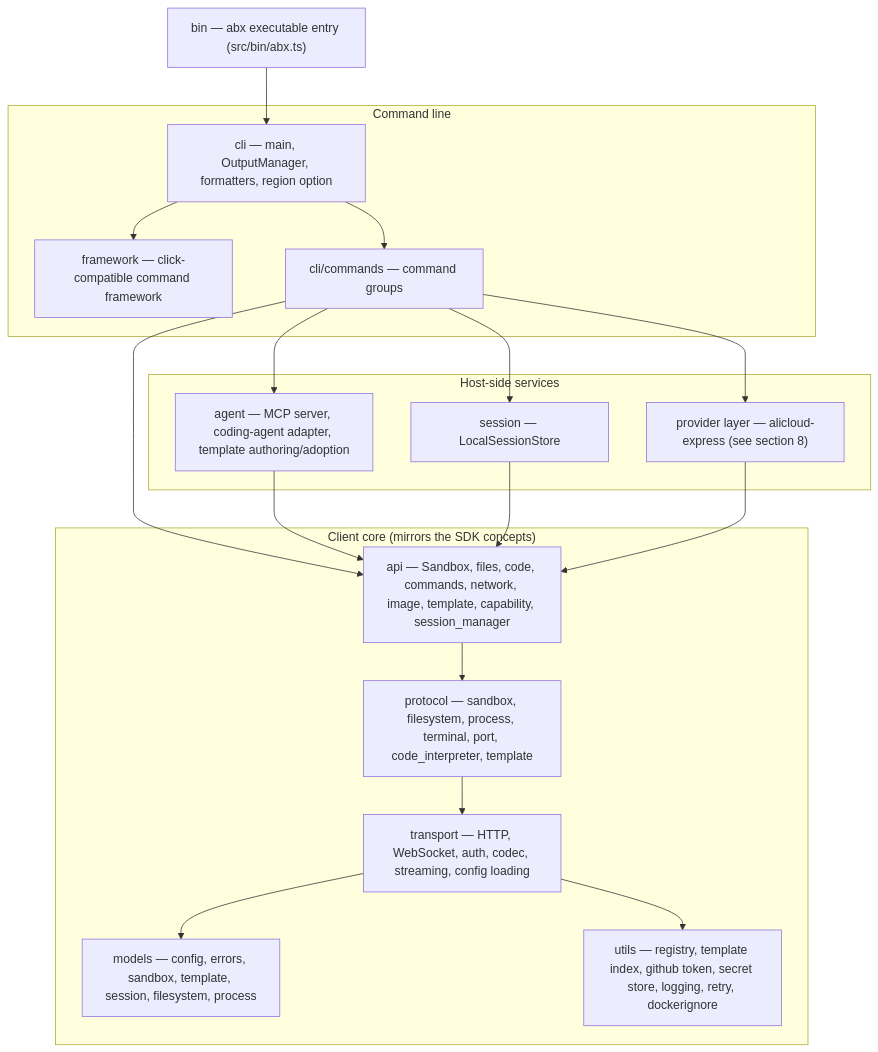
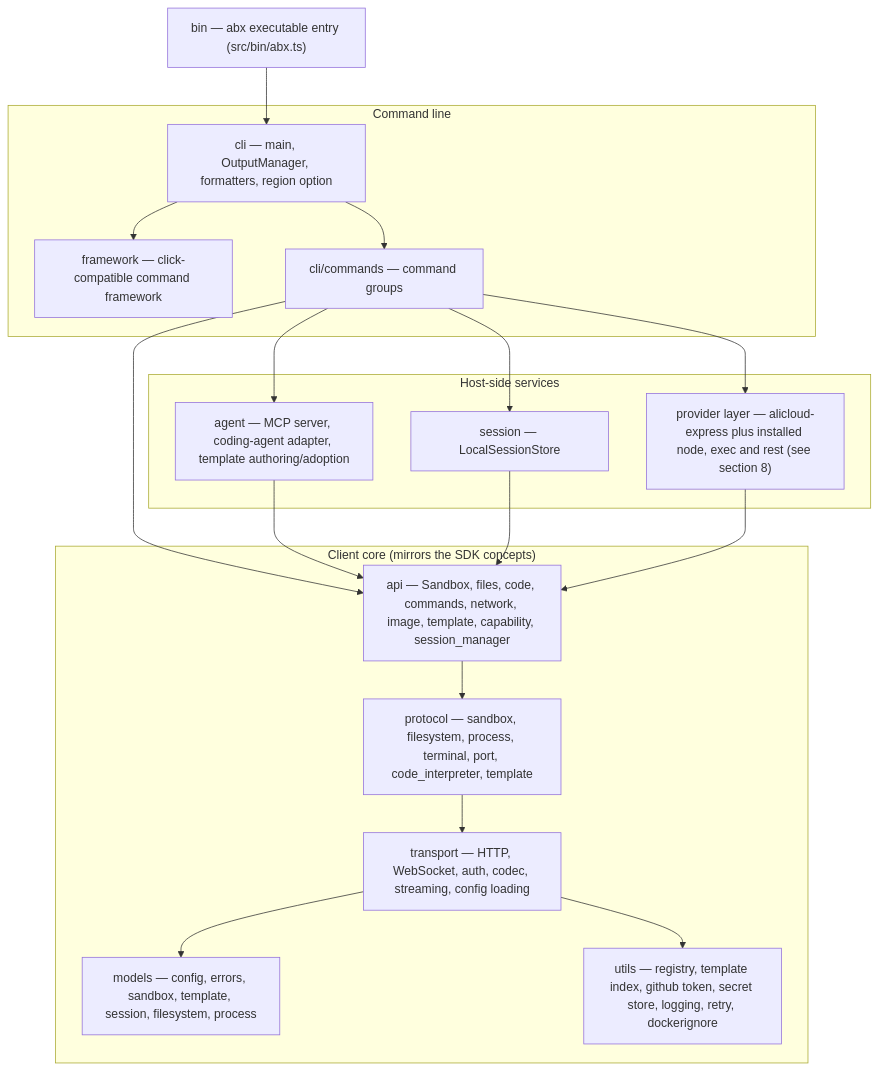
The diagram in docs/en/design/architecture.md (Alibaba-Agent-Sandbox/agent-sandbox), drawn with Mermaid before and after one commit. The commit also changed other lines of this file and 29 other files, not shown here.

````diff
--- a/docs/en/design/architecture.md
+++ b/docs/en/design/architecture.md
@@ -19,35 +19,35 @@
 ```mermaid
 graph TB
     BIN["bin — abx executable entry (src/bin/abx.ts)"]
     subgraph Front["Command line"]
         FW["framework — click-compatible command framework"]
         CLI["cli — main, OutputManager, formatters, region option"]
         CMD["cli/commands — command groups"]
     end
     subgraph Services["Host-side services"]
         AG["agent — MCP server, coding-agent adapter, template authoring/adoption"]
-        PRV["provider layer — alicloud-express (see section 8)"]
+        PRV["provider layer — alicloud-express plus installed node, exec and rest (see section 8)"]
         SES["session — LocalSessionStore"]
     end
     subgraph Core["Client core (mirrors the SDK concepts)"]
         API["api — Sandbox, files, code, commands, network, image, template, capability, session_manager"]
         PRO["protocol — sandbox, filesystem, process, terminal, port, code_interpreter, template"]
         TRA["transport — HTTP, WebSocket, auth, codec, streaming, config loading"]
         MOD["models — config, errors, sandbox, template, session, filesystem, process"]
         UTL["utils — registry, template index, github token, secret store, logging, retry, dockerignore"]
     end
 
     BIN --> CLI
     CLI --> FW
     CLI --> CMD
     CMD --> AG
     CMD --> SES
     CMD --> API
     CMD --> PRV
     AG --> API
     SES --> API
     PRV --> API
     API --> PRO --> TRA
     TRA --> MOD
     TRA --> UTL
 ```
````
